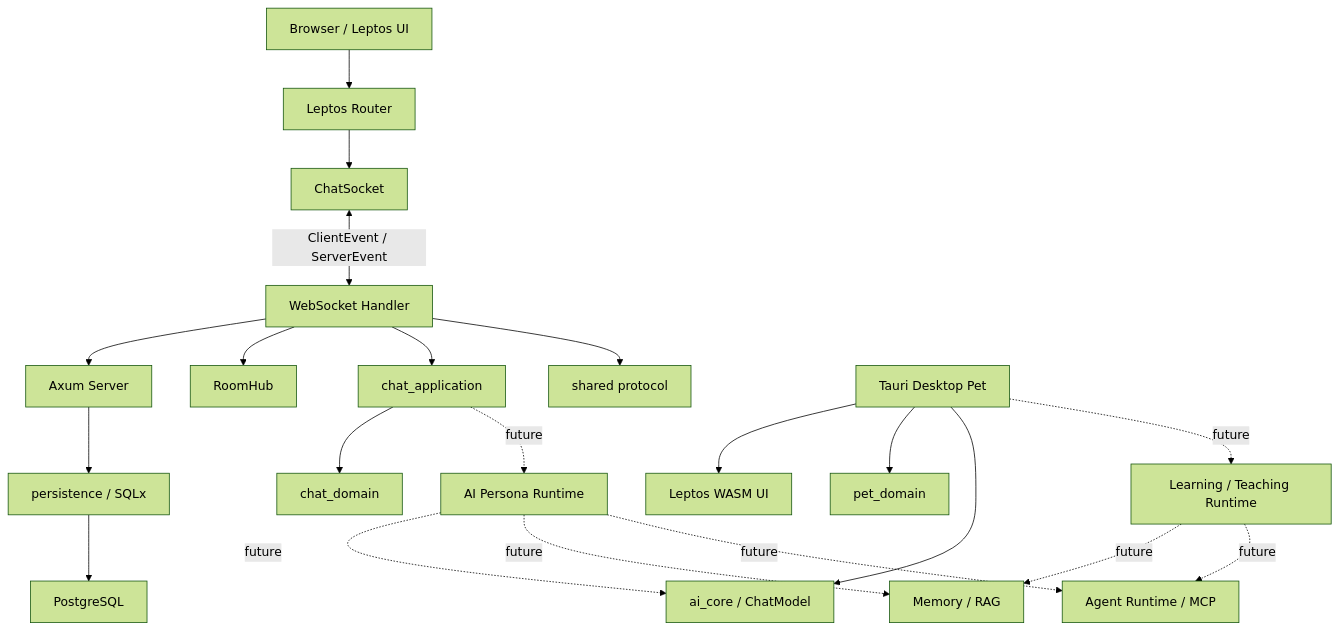
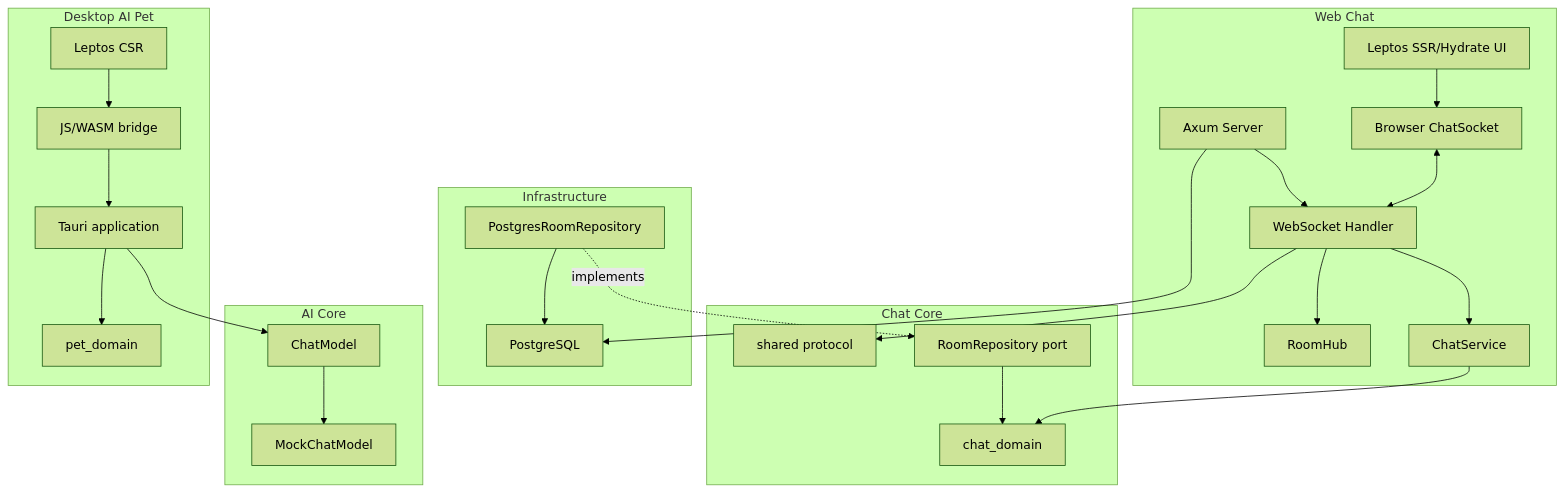
The diagram in README.md (williechen/rust_ai_chat), drawn with Mermaid (forest theme) before and after one commit. The commit also changed other lines of this file, not shown here.

Commit message:
docs: rebuild README from current repository implementation

````diff
--- a/README.md
+++ b/README.md
@@ -584,48 +671,54 @@
 ```mermaid
 flowchart TB
-    Browser["Browser / Leptos UI"]
-    Router["Leptos Router"]
-    WSClient["ChatSocket"]
-    Server["Axum Server"]
-    WS["WebSocket Handler"]
-    Hub["RoomHub"]
-    ChatApp["chat_application"]
-    ChatDomain["chat_domain"]
-    Shared["shared protocol"]
-    Persist["persistence / SQLx"]
-    PG["PostgreSQL"]
+    subgraph WebChat["Web Chat"]
+        Browser["Leptos SSR/Hydrate UI"]
+        Socket["Browser ChatSocket"]
+        Axum["Axum Server"]
+        WS["WebSocket Handler"]
+        Hub["RoomHub"]
+        ChatService["ChatService"]
+    end
 
-    Persona["AI Persona Runtime"]
-    AI["ai_core / ChatModel"]
-    Memory["Memory / RAG"]
-    Agent["Agent Runtime / MCP"]
+    subgraph ChatCore["Chat Core"]
+        ChatDomain["chat_domain"]
+        Shared["shared protocol"]
+        RoomPort["RoomRepository port"]
+    end
 
-    Desktop["Tauri Desktop Pet"]
-    PetUI["Leptos WASM UI"]
-    PetDomain["pet_domain"]
-    Learning["Learning / Teaching Runtime"]
+    subgraph Infra["Infrastructure"]
+        PgAdapter["PostgresRoomRepository"]
+        PG["PostgreSQL"]
+    end
 
-    Browser --> Router
-    Router --> WSClient
-    WSClient <-->|ClientEvent / ServerEvent| WS
-    WS --> Server
+    subgraph AI["AI Core"]
+        ChatModel["ChatModel"]
+        Mock["MockChatModel"]
+    end
+
+    subgraph Desktop["Desktop AI Pet"]
+        PetUI["Leptos CSR"]
+        Bridge["JS/WASM bridge"]
+        Tauri["Tauri application"]
+        PetDomain["pet_domain"]
+    end
+
+    Browser --> Socket
+    Socket <--> WS
     WS --> Hub
-    WS --> ChatApp
-    ChatApp --> ChatDomain
+    WS --> ChatService
+    ChatService --> ChatDomain
     WS --> Shared
 
-    Server --> Persist
-    Persist --> PG
+    RoomPort --> ChatDomain
+    PgAdapter -. implements .-> RoomPort
+    PgAdapter --> PG
 
-    ChatApp -. future .-> Persona
-    Persona -. future .-> AI
-    Persona -. future .-> Memory
-    Persona -. future .-> Agent
+    PetUI --> Bridge
+    Bridge --> Tauri
+    Tauri --> PetDomain
+    Tauri --> ChatModel
+    ChatModel --> Mock
 
-    Desktop --> PetUI
-    Desktop --> PetDomain
-    Desktop --> AI
-    Desktop -. future .-> Learning
-    Learning -. future .-> Memory
-    Learning -. future .-> Agent
+    Axum --> WS
+    Axum --> PG
 ```
````
